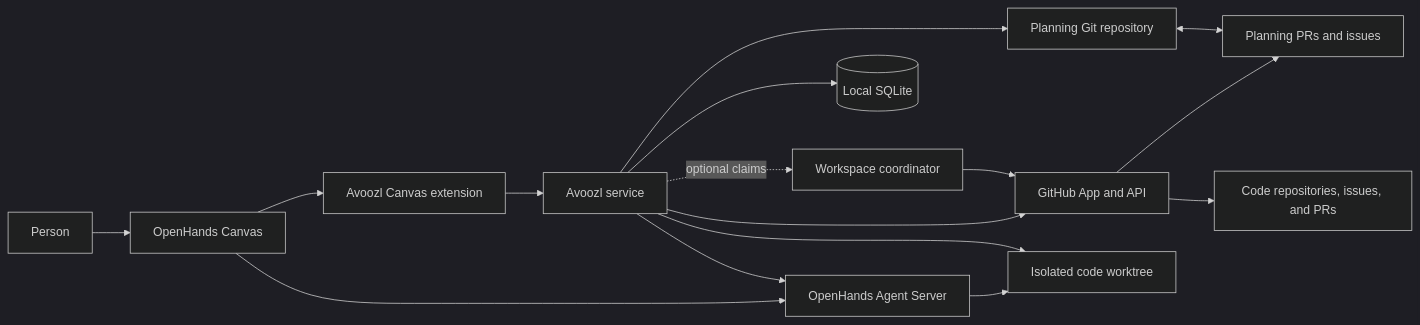
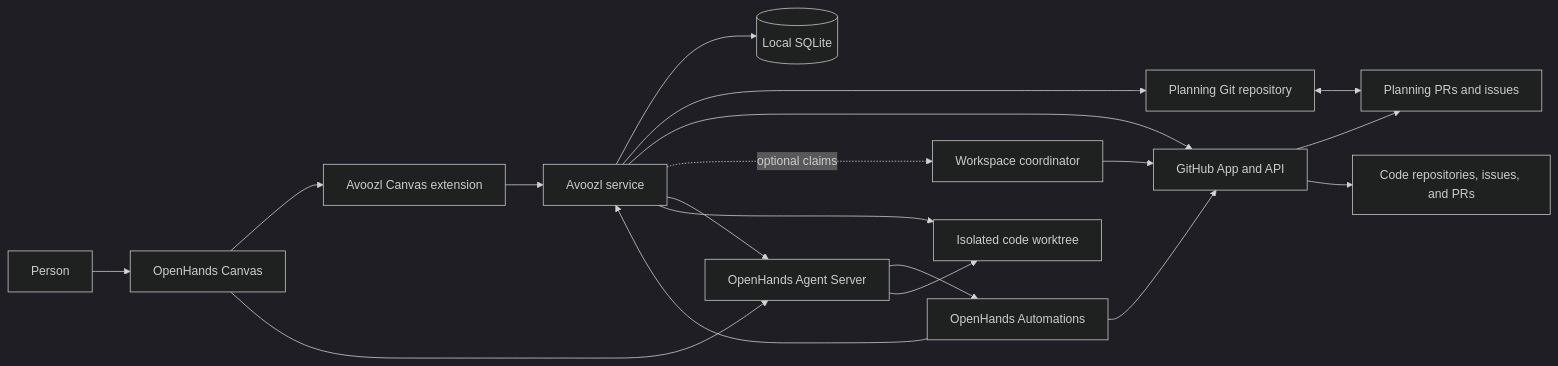
One commit to mtdowling/avoozl changed the first of 2 diagrams in docs/design/openhands-github-product.md. Above: the diagram before and after it, drawn with Mermaid (dark theme). The commit also changed other lines of this file and 79 other files, not shown here.

Commit message:
Finish the OpenHands control plane

````diff
--- a/docs/design/openhands-github-product.md
+++ b/docs/design/openhands-github-product.md
@@ -148,21 +150,24 @@
 ```mermaid
 flowchart LR
     U[Person] --> C[OpenHands Canvas]
     C --> X[Avoozl Canvas extension]
     C --> O[OpenHands Agent Server]
+    O --> M[OpenHands Automations]
     X --> A[Avoozl service]
 
     A --> D[(Local SQLite)]
     A --> P[Planning Git repository]
     A --> G[GitHub App and API]
     A -. optional claims .-> Q[Workspace coordinator]
     Q --> G
     A --> O
 
     G --> PI[Planning PRs and issues]
     G --> CR[Code repositories, issues, and PRs]
+    M --> G
+    M --> A
     O --> W[Isolated code worktree]
 
     P <--> PI
     A --> W
 ```
````
